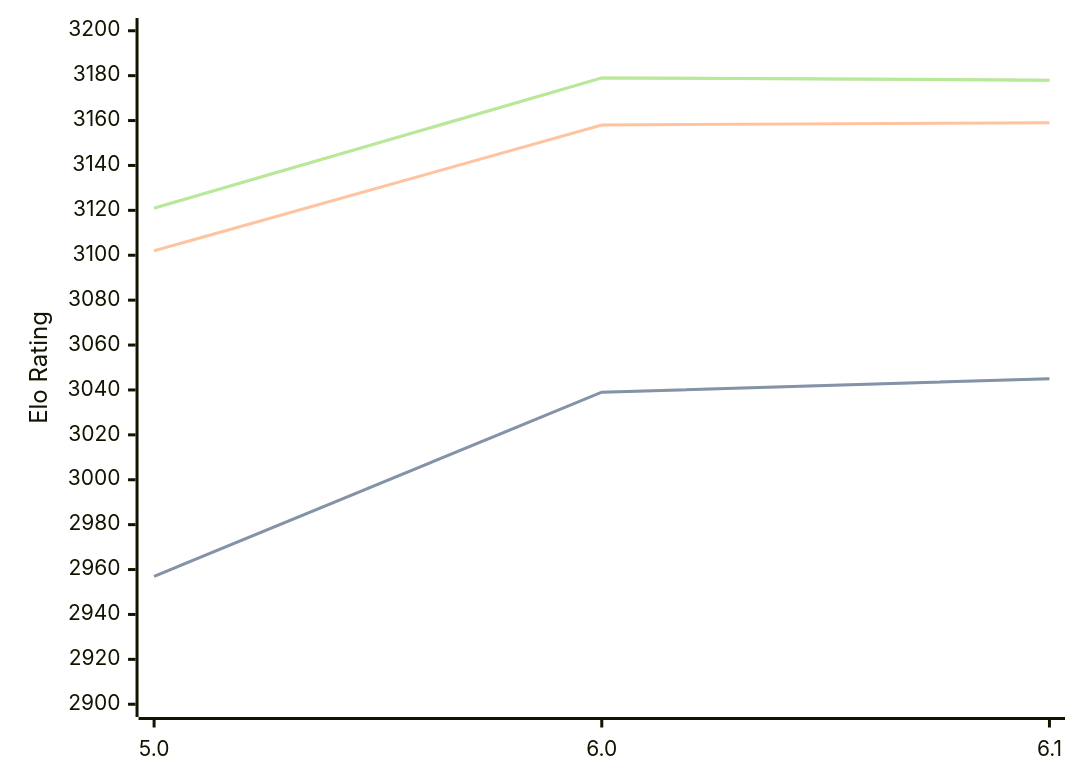
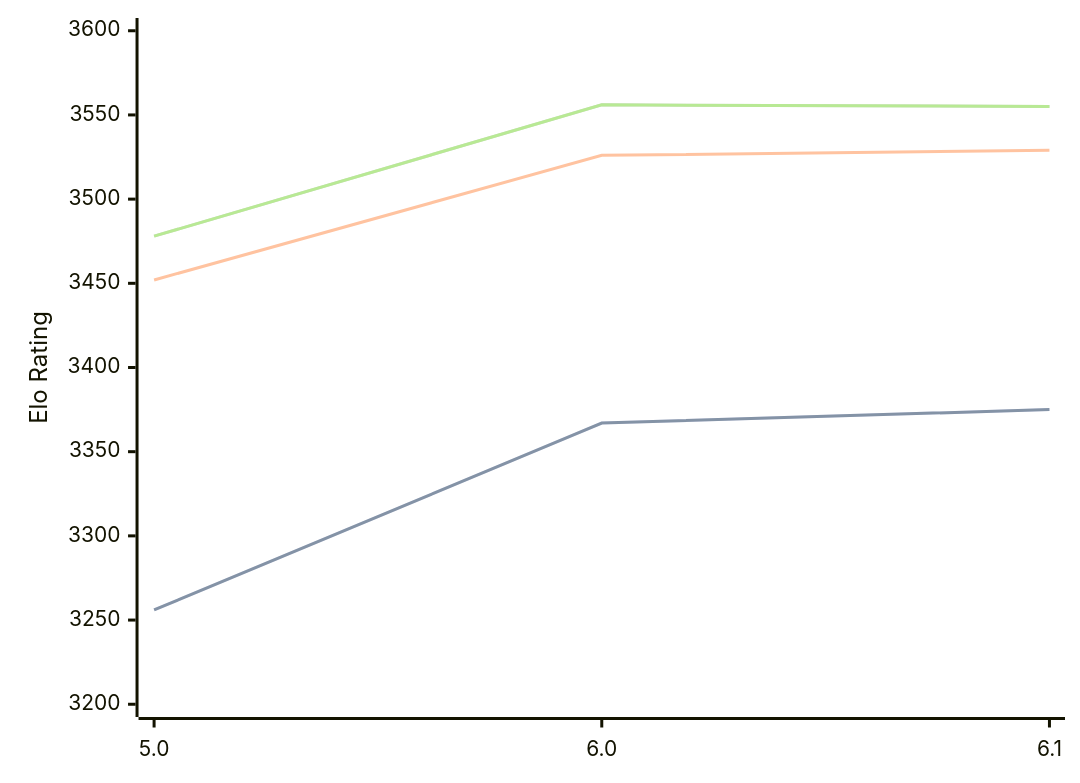
The diagram in engines/Starzix.md (computer-chess-index/cci), drawn with Mermaid before and after one commit. The commit also changed other lines of this file, not shown here.

Commit message:
Update CCI Ratings (ELO VLTC) - 2026-02-24

````diff
--- a/engines/Starzix.md
+++ b/engines/Starzix.md
@@ -34,11 +35,11 @@
 ```mermaid
 %%{init: {"theme":"base","themeVariables":{"seriesColors:['#a3a3a3','#222221','#faa371']}}}%%
 xychart-beta
   x-axis ["5.0", "6.0", "6.1"]
-  y-axis "Elo Rating" 2900 --> 3200
-  line "STC (8.0+0.08s)" [2957, 3039, 3045]
-  line "STC (8.0+0.08s)" [2957, 3039, 3045]
-  line "LTC (60.0+0.60s)" [3102, 3158, 3159]
-  line "VLTC (2m24s+1.12s)" [3121, 3179, 3178]
-  line "VLTC (2m24s+1.12s)" [3121, 3179, 3178]
+  y-axis "Elo Rating" 3200 --> 3600
+  line "STC (8.0+0.08s)" [3256, 3367, 3375]
+  line "STC (8.0+0.08s)" [3256, 3367, 3375]
+  line "LTC (60.0+0.60s)" [3452, 3526, 3529]
+  line "VLTC (2m24s+1.12s)" [3478, 3556, 3555]
+  line "VLTC (2m24s+1.12s)" [3478, 3556, 3555]
 ```
````
